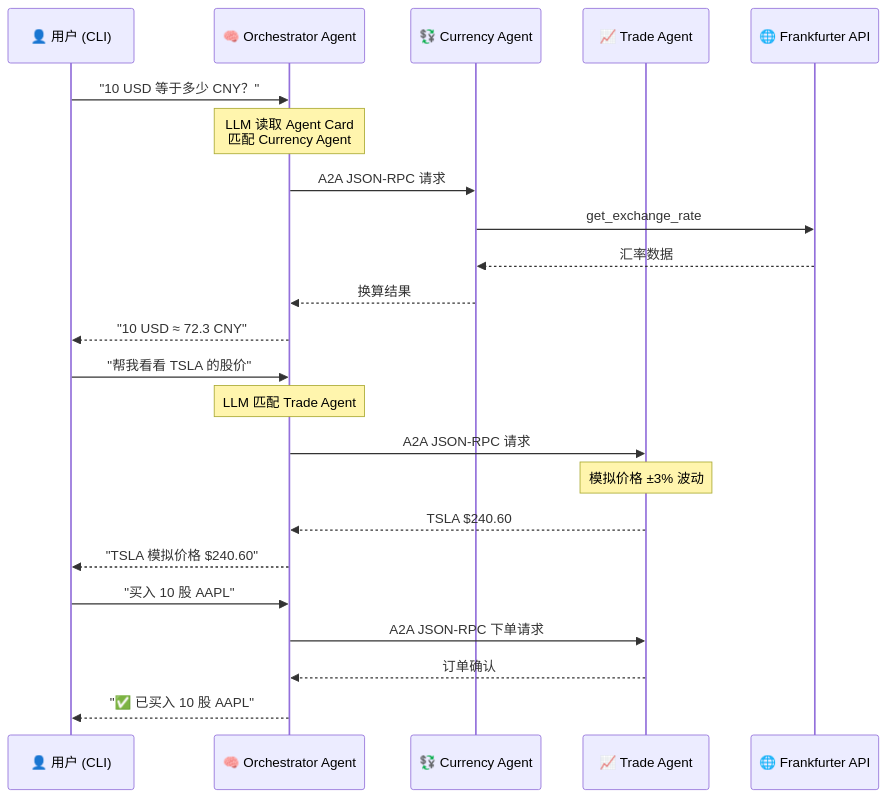
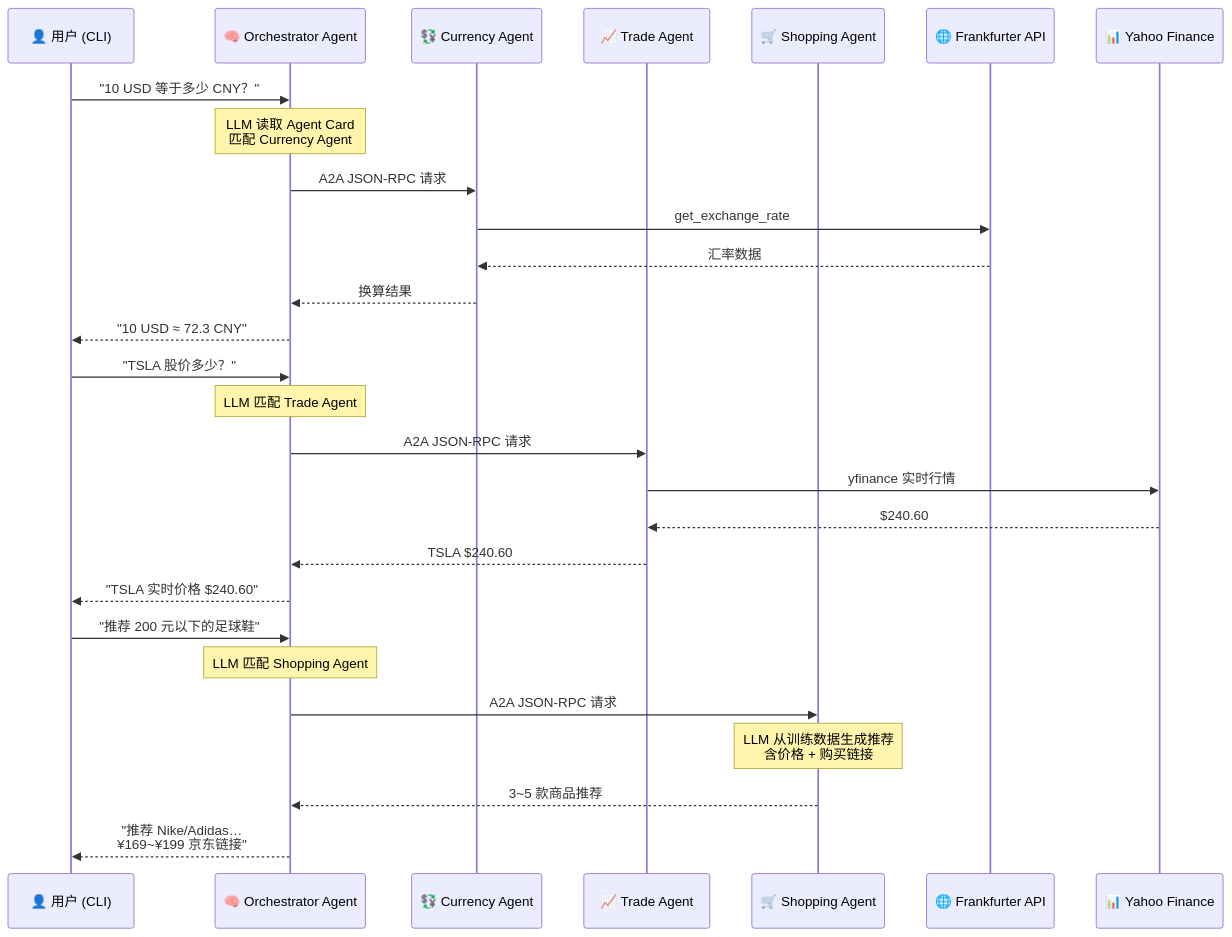
The diagram in README.md (alephme/a2a-demo), drawn with Mermaid before and after one commit. The commit also changed other lines of this file and 9 other files, not shown here.

````diff
--- a/README.md
+++ b/README.md
@@ -17,28 +18,33 @@
 ```mermaid
 sequenceDiagram
     participant User as 👤 用户 (CLI)
     participant Orch as 🧠 Orchestrator Agent
     participant CurA as 💱 Currency Agent
     participant TradeA as 📈 Trade Agent
+    participant ShopA as 🛒 Shopping Agent
     participant FrankAPI as 🌐 Frankfurter API
+    participant Yahoo as 📊 Yahoo Finance
 
     User->>Orch: "10 USD 等于多少 CNY？"
     Note over Orch: LLM 读取 Agent Card<br/>匹配 Currency Agent
     Orch->>CurA: A2A JSON-RPC 请求
     CurA->>FrankAPI: get_exchange_rate
     FrankAPI-->>CurA: 汇率数据
     CurA-->>Orch: 换算结果
     Orch-->>User: "10 USD ≈ 72.3 CNY"
 
-    User->>Orch: "帮我看看 TSLA 的股价"
+    User->>Orch: "TSLA 股价多少？"
     Note over Orch: LLM 匹配 Trade Agent
     Orch->>TradeA: A2A JSON-RPC 请求
-    Note over TradeA: 模拟价格 ±3% 波动
+    TradeA->>Yahoo: yfinance 实时行情
+    Yahoo-->>TradeA: $240.60
     TradeA-->>Orch: TSLA $240.60
-    Orch-->>User: "TSLA 模拟价格 $240.60"
+    Orch-->>User: "TSLA 实时价格 $240.60"
 
-    User->>Orch: "买入 10 股 AAPL"
-    Orch->>TradeA: A2A JSON-RPC 下单请求
-    TradeA-->>Orch: 订单确认 #ORD000001
-    Orch-->>User: "✅ 已买入 10 股 AAPL"
+    User->>Orch: "推荐 200 元以下的足球鞋"
+    Note over Orch: LLM 匹配 Shopping Agent
+    Orch->>ShopA: A2A JSON-RPC 请求
+    Note over ShopA: LLM 从训练数据生成推荐<br/>含价格 + 购买链接
+    ShopA-->>Orch: 3~5 款商品推荐
+    Orch-->>User: "推荐 Nike/Adidas…<br/>¥169~¥199 京东链接"
 ```
````
